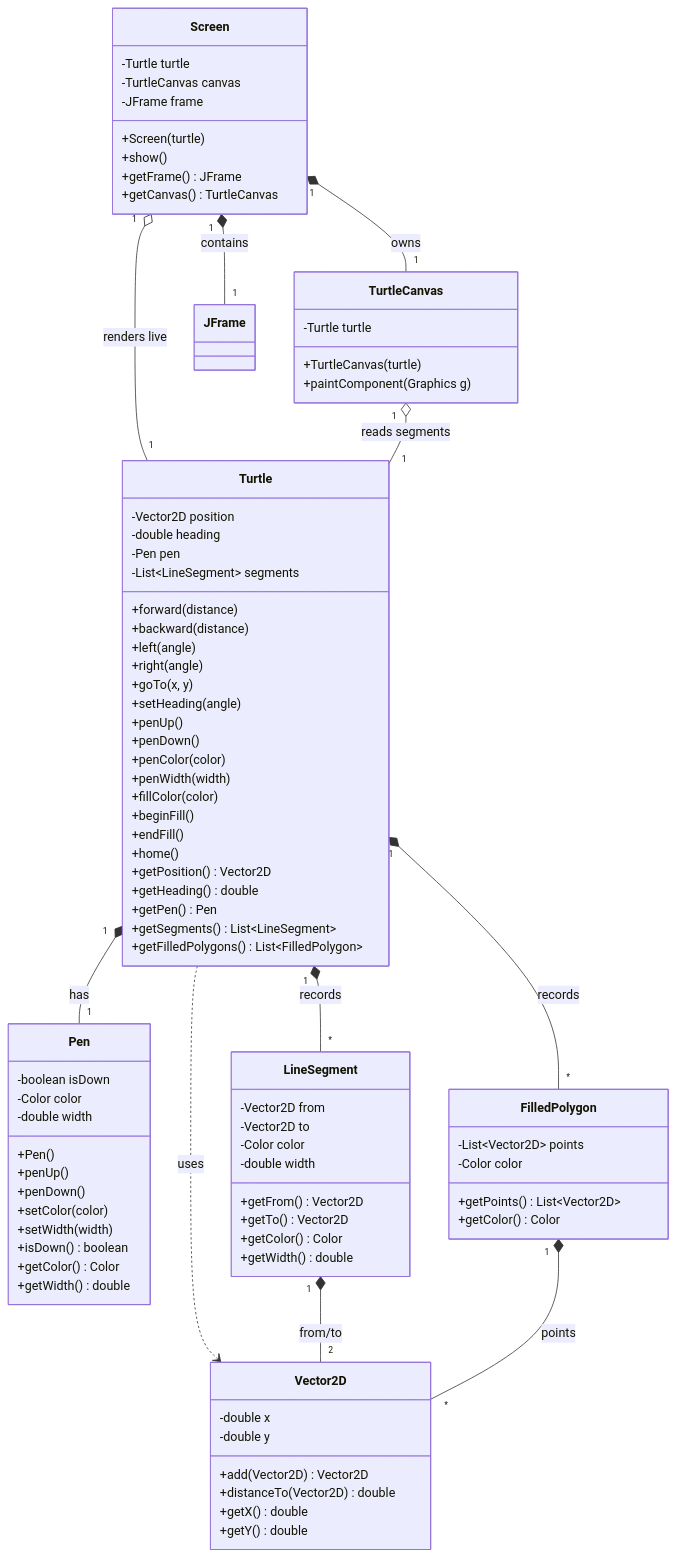
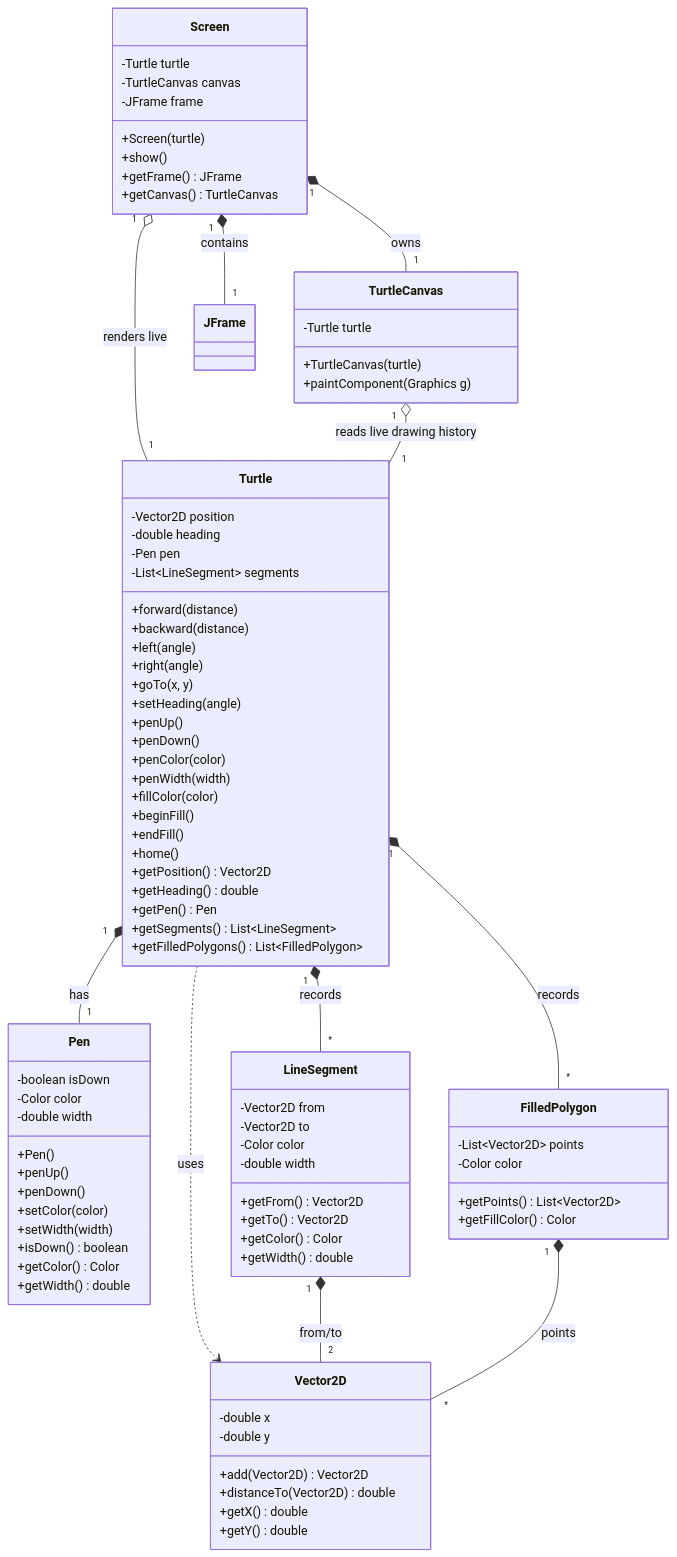
Before and after one commit to dslakind/turtle: the diagram in docs/design.md, drawn with Mermaid. The commit also changed other lines of this file and 24 other files, not shown here.

````diff
--- a/docs/design.md
+++ b/docs/design.md
@@ -64,7 +67,7 @@
         -List~Vector2D~ points
         -Color color
         +getPoints() List~Vector2D~
-        +getColor() Color
+        +getFillColor() Color
     }
     class Screen {
         -Turtle turtle
@@ -90,5 +93,5 @@
     Screen "1" o-- "1" Turtle : renders live
     Screen "1" *-- "1" TurtleCanvas : owns
     Screen "1" *-- "1" JFrame : contains
-    TurtleCanvas "1" o-- "1" Turtle : reads segments
+    TurtleCanvas "1" o-- "1" Turtle : reads live drawing history
 ```
````
